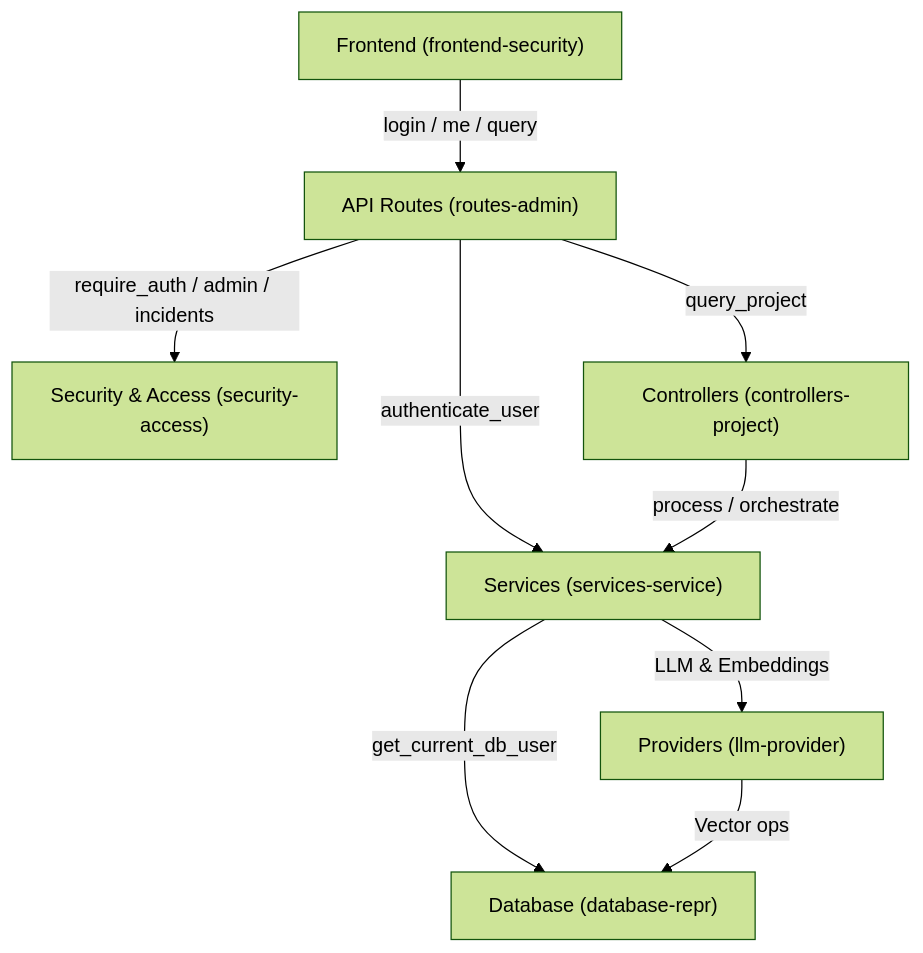
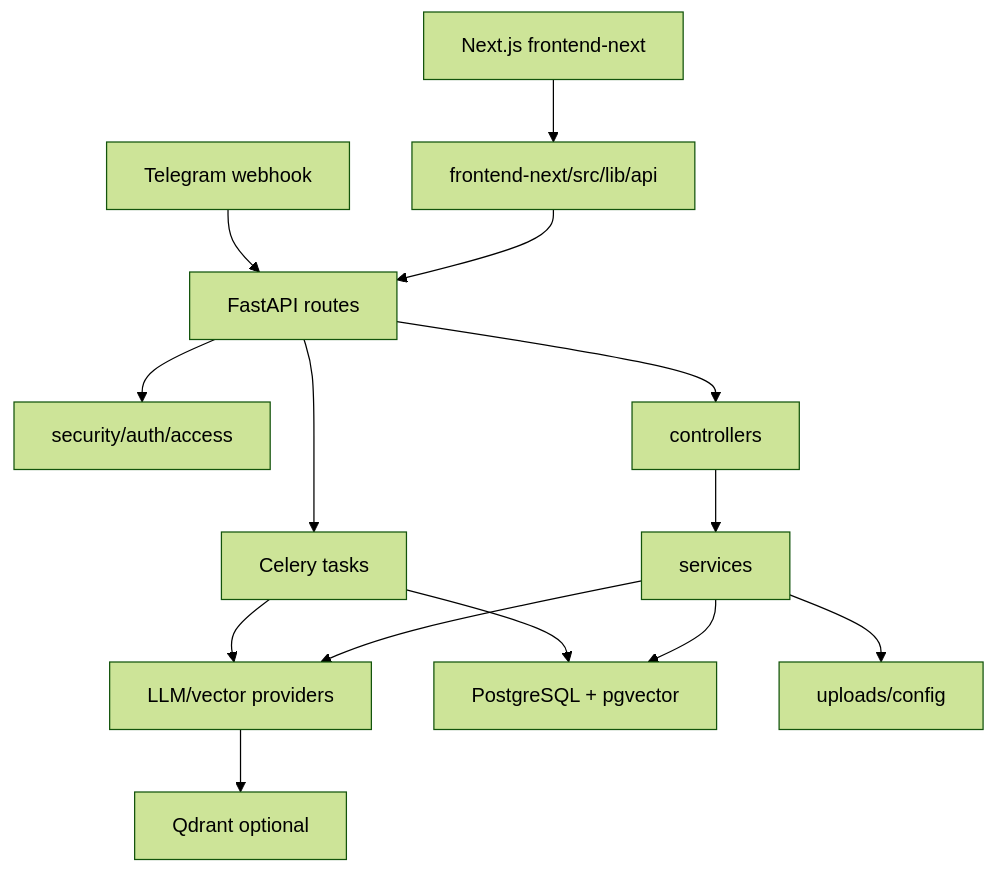
One commit to SaeedNeamtallah/answerly changed the diagram in AGENTS.md. Above: the diagram before and after it, drawn with Mermaid (forest theme). The commit also changed other lines of this file and 155 other files, not shown here.

````diff
--- a/AGENTS.md
+++ b/AGENTS.md
@@ -91,24 +122,16 @@
 ```mermaid
 graph TD
-    %% Communities
-    Frontend["Frontend (frontend-security)"]
-    Routes["API Routes (routes-admin)"]
-    Security["Security & Access (security-access)"]
-    Controllers["Controllers (controllers-project)"]
-    Services["Services (services-service)"]
-    Providers["Providers (llm-provider)"]
-    Database["Database (database-repr)"]
-
-    %% Key Flows
-    Frontend -- "login / me / query" --> Routes
-    
-    Routes -- "require_auth / admin / incidents" --> Security
-    Routes -- "query_project" --> Controllers
-    Routes -- "authenticate_user" --> Services
-    
-    Controllers -- "process / orchestrate" --> Services
-    
-    Services -- "get_current_db_user" --> Database
-    Services -- "LLM & Embeddings" --> Providers
-    Providers -- "Vector ops" --> Database
+    Frontend["Next.js frontend-next"] --> ApiClient["frontend-next/src/lib/api"]
+    ApiClient --> Routes["FastAPI routes"]
+    Telegram["Telegram webhook"] --> Routes
+    Routes --> Security["security/auth/access"]
+    Routes --> Controllers["controllers"]
+    Controllers --> Services["services"]
+    Services --> Providers["LLM/vector providers"]
+    Services --> Database["PostgreSQL + pgvector"]
+    Providers --> Qdrant["Qdrant optional"]
+    Routes --> Celery["Celery tasks"]
+    Celery --> Database
+    Celery --> Providers
+    Services --> RuntimeConfig["uploads/config"]
 ```
````
